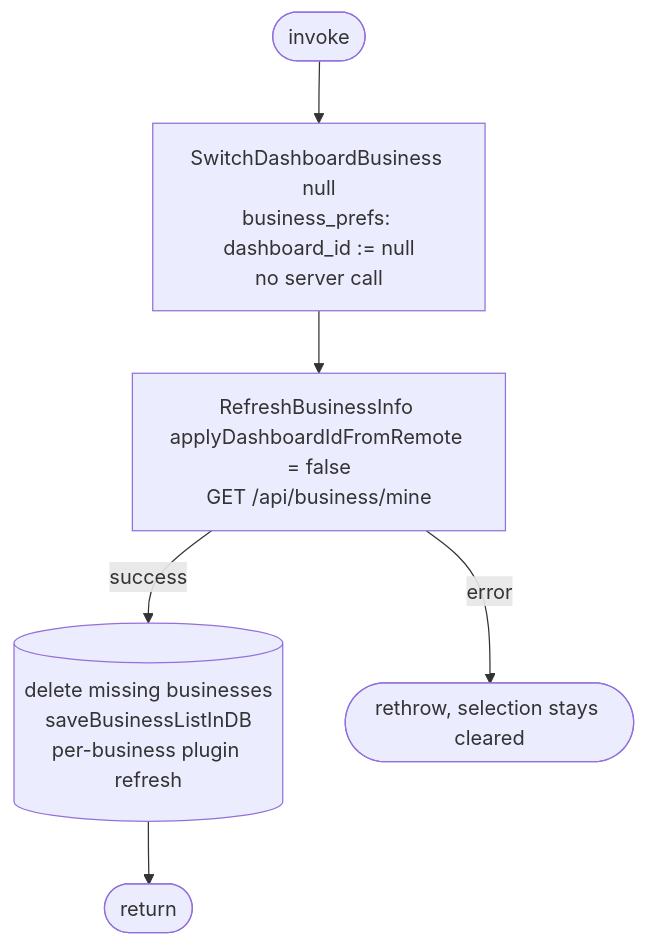
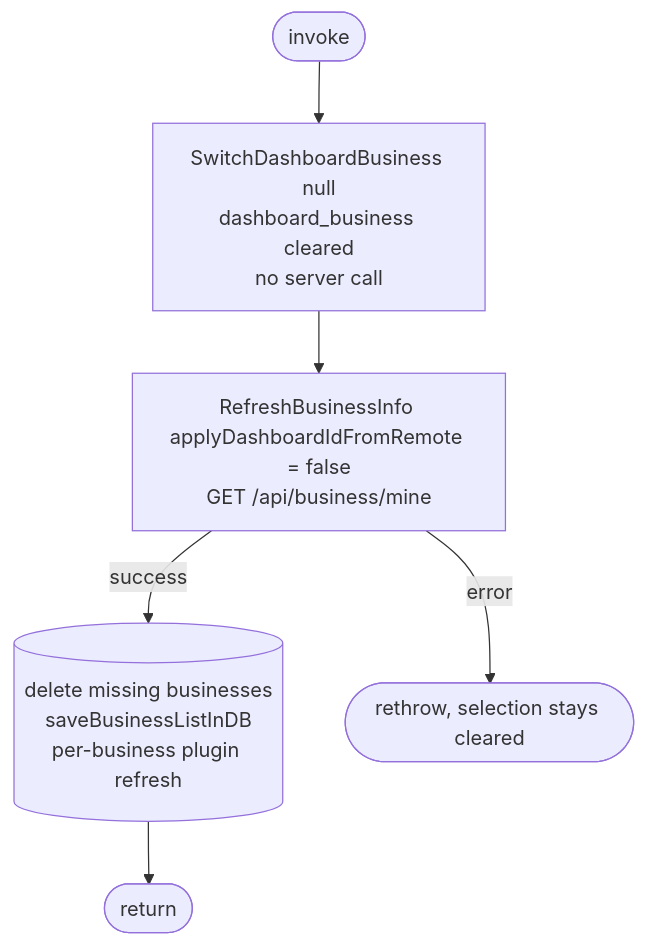
One commit to nocturneproperties/bookkme-client changed the diagram in docs/operations/authorization/initiate-business-suspend.md. Above: the diagram before and after it, drawn with Mermaid. The commit also changed other lines of this file and 32 other files, not shown here.

````diff
--- a/docs/operations/authorization/initiate-business-suspend.md
+++ b/docs/operations/authorization/initiate-business-suspend.md
@@ -26,8 +26,8 @@
 ```mermaid
 flowchart TD
-    Start([invoke]) --> Clear[SwitchDashboardBusiness null<br/>business_prefs: dashboard_id := null<br/>no server call]
+    Start([invoke]) --> Clear[SwitchDashboardBusiness null<br/>dashboard_business cleared<br/>no server call]
     Clear --> Refresh[RefreshBusinessInfo applyDashboardIdFromRemote = false<br/>GET /api/business/mine]
     Refresh -- success --> Save[(delete missing businesses<br/>saveBusinessListInDB<br/>per-business plugin refresh)]
     Save --> R([return])
     Refresh -- error --> EX([rethrow, selection stays cleared])
 ```
````
